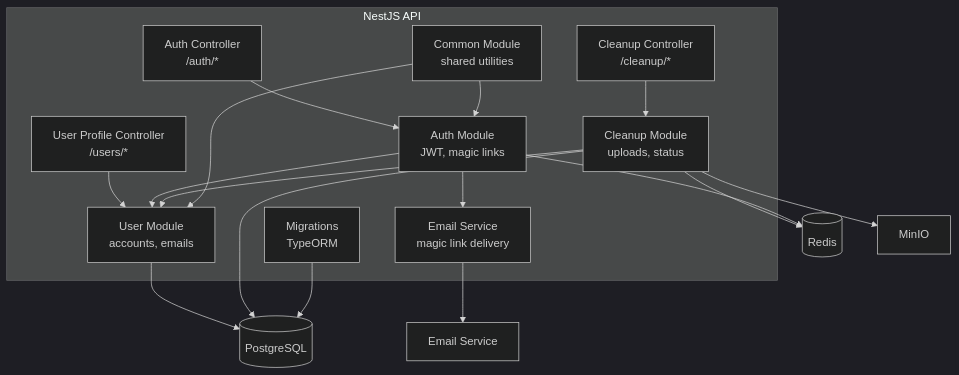
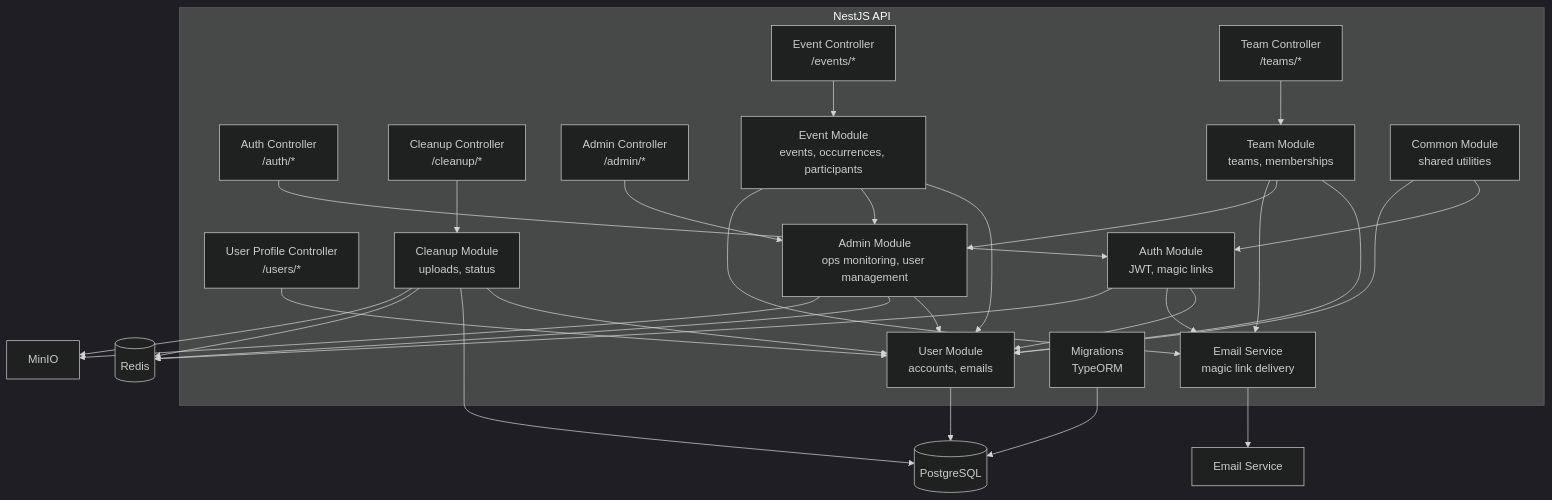
The diagram in docs/architecture/component.md (cleancentive/cleancentive), drawn with Mermaid (dark theme) before and after one commit. The commit also changed other lines of this file and 3 other files, not shown here.

````diff
--- a/docs/architecture/component.md
+++ b/docs/architecture/component.md
@@ -5,35 +5,53 @@
 ```mermaid
 graph TD
     subgraph API["NestJS API"]
         AuthCtrl["Auth Controller<br/>/auth/*"]
         UserCtrl["User Profile Controller<br/>/users/*"]
         CleanupCtrl["Cleanup Controller<br/>/cleanup/*"]
+        EventCtrl["Event Controller<br/>/events/*"]
+        TeamCtrl["Team Controller<br/>/teams/*"]
+        AdminCtrl["Admin Controller<br/>/admin/*"]
         AuthModule["Auth Module<br/>JWT, magic links"]
         UserModule["User Module<br/>accounts, emails"]
         CleanupModule["Cleanup Module<br/>uploads, status"]
+        EventModule["Event Module<br/>events, occurrences, participants"]
+        TeamModule["Team Module<br/>teams, memberships"]
+        AdminModule["Admin Module<br/>ops monitoring, user management"]
         EmailService["Email Service<br/>magic link delivery"]
         CommonModule["Common Module<br/>shared utilities"]
         Migrations["Migrations<br/>TypeORM"]
     end
 
     DB[("PostgreSQL")]
     Redis[("Redis")]
     MinIO["MinIO"]
     EmailProvider["Email Service"]
 
     AuthCtrl --> AuthModule
     UserCtrl --> UserModule
     CleanupCtrl --> CleanupModule
+    EventCtrl --> EventModule
+    TeamCtrl --> TeamModule
+    AdminCtrl --> AdminModule
     AuthModule --> UserModule
     CleanupModule --> UserModule
+    EventModule --> UserModule
+    EventModule --> AdminModule
+    EventModule --> EmailService
+    TeamModule --> UserModule
+    TeamModule --> AdminModule
+    TeamModule --> EmailService
+    AdminModule --> UserModule
+    AdminModule --> Redis
+    AdminModule --> MinIO
     AuthModule --> EmailService
     UserModule --> DB
     CleanupModule --> DB
     CleanupModule --> Redis
     AuthModule --> Redis
     CleanupModule --> MinIO
     EmailService --> EmailProvider
     Migrations --> DB
     CommonModule --> AuthModule
     CommonModule --> UserModule
 ```
````
